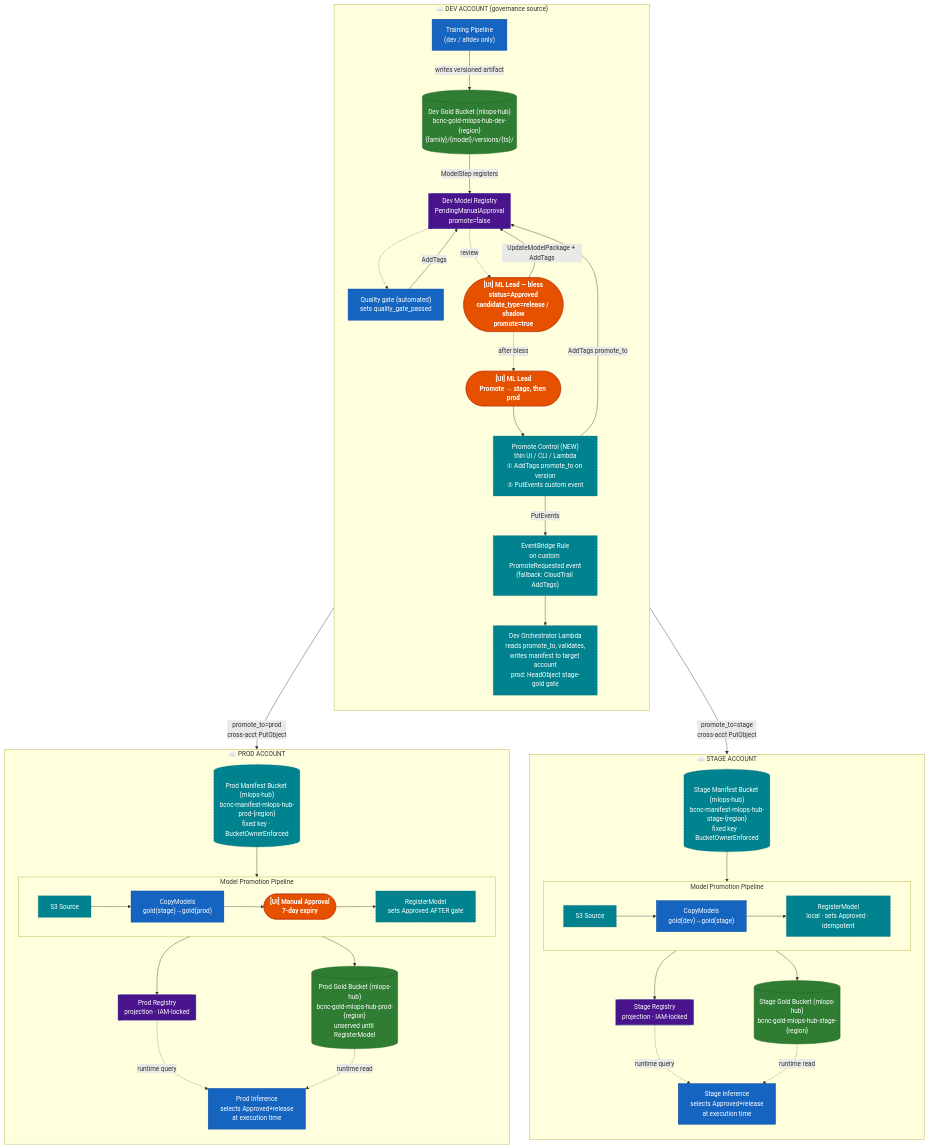
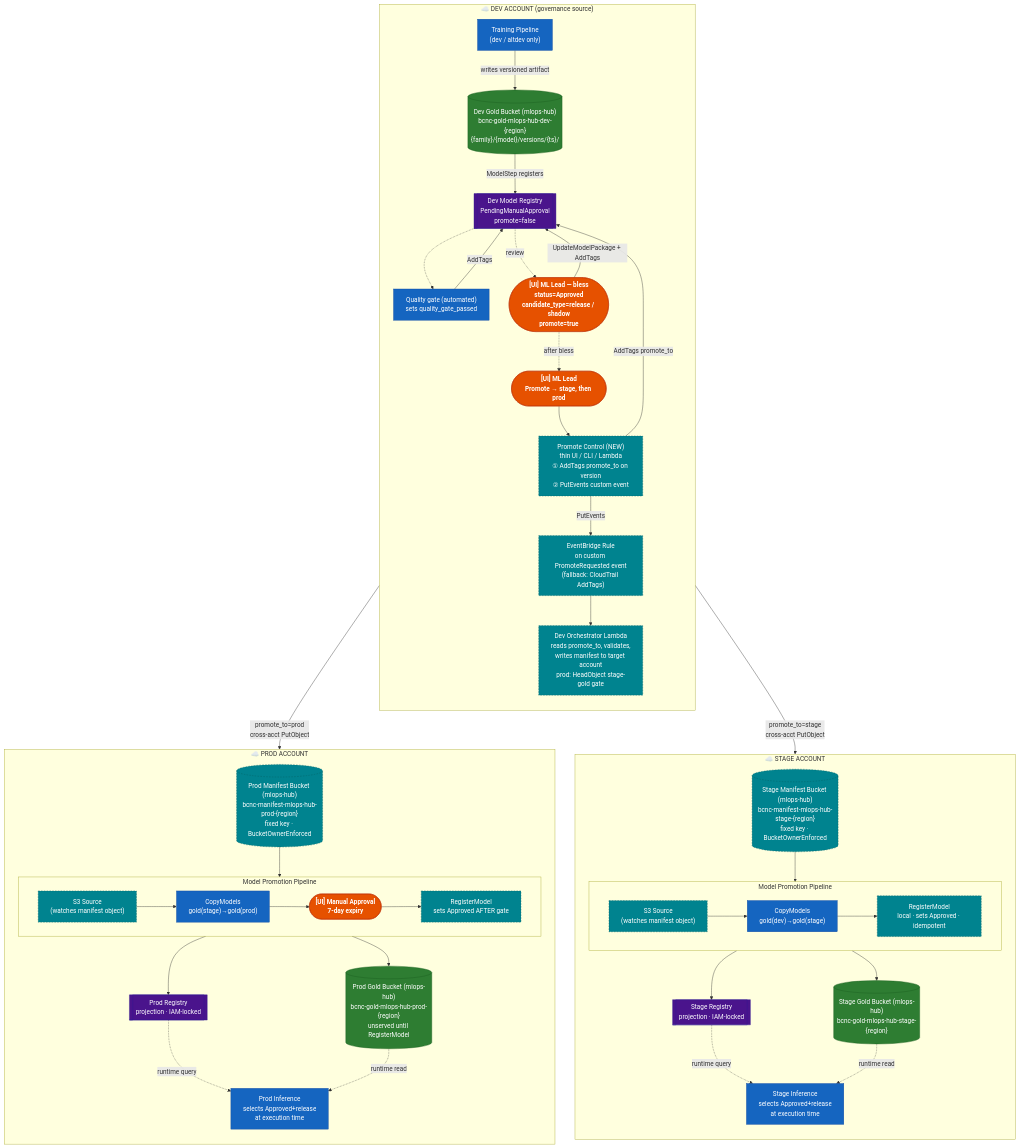
Before and after one commit to schilker/public: the second of 7 diagrams in test.md, drawn with Mermaid. The commit also changed other lines of this file, not shown here.

```diff
--- a/test.md
+++ b/test.md
@@ -120,7 +120,7 @@
         STAGEMAN[("Stage Manifest Bucket (mlops-hub)\nbcnc-manifest-mlops-hub-stage-{region}\nfixed key · BucketOwnerEnforced")]
         subgraph SP["Model Promotion Pipeline"]
             direction LR
-            SS1["S3 Source"]
+            SS1["S3 Source\n(watches manifest object)"]
             SS2["CopyModels\ngold(dev)→gold(stage)"]
             SS3["RegisterModel\nlocal · sets Approved · idempotent"]
             SS1 --> SS2 --> SS3
@@ -140,7 +140,7 @@
         PRODMAN[("Prod Manifest Bucket (mlops-hub)\nbcnc-manifest-mlops-hub-prod-{region}\nfixed key · BucketOwnerEnforced")]
         subgraph PP["Model Promotion Pipeline"]
             direction LR
-            PP1["S3 Source"]
+            PP1["S3 Source\n(watches manifest object)"]
             PP2["CopyModels\ngold(stage)→gold(prod)"]
             PP4(["[UI] Manual Approval\n7-day expiry"])
             PP3["RegisterModel\nsets Approved AFTER gate"]
```
